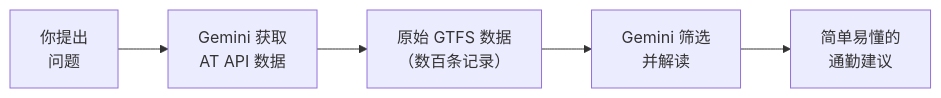
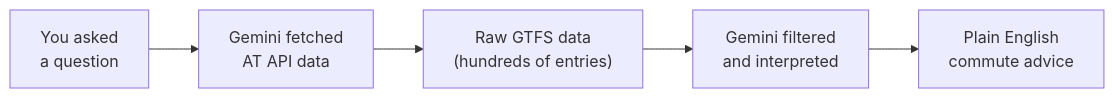
The diagram in versioned_docs/version-2026-her-waka/tutorial/auckland-commute/check-commute.mdx (ChanMeng666/ai-programming-teaching-project), drawn with Mermaid before and after one commit. The commit also changed other lines of this file and 472 other files, not shown here.

````diff
--- a/versioned_docs/version-2026-her-waka/tutorial/auckland-commute/check-commute.mdx
+++ b/versioned_docs/version-2026-her-waka/tutorial/auckland-commute/check-commute.mdx
@@ -124,7 +124,7 @@
 ```mermaid
 flowchart LR
-    A["你提出\n问题"] --> B["Gemini 获取\nAT API 数据"]
-    B --> C["原始 GTFS 数据\n（数百条记录）"]
-    C --> D["Gemini 筛选\n并解读"]
-    D --> E["简单易懂的\n通勤建议"]
+    A["You asked\na question"] --> B["Gemini fetched\nAT API data"]
+    B --> C["Raw GTFS data\n(hundreds of entries)"]
+    C --> D["Gemini filtered\nand interpreted"]
+    D --> E["Plain English\ncommute advice"]
 ```
````
